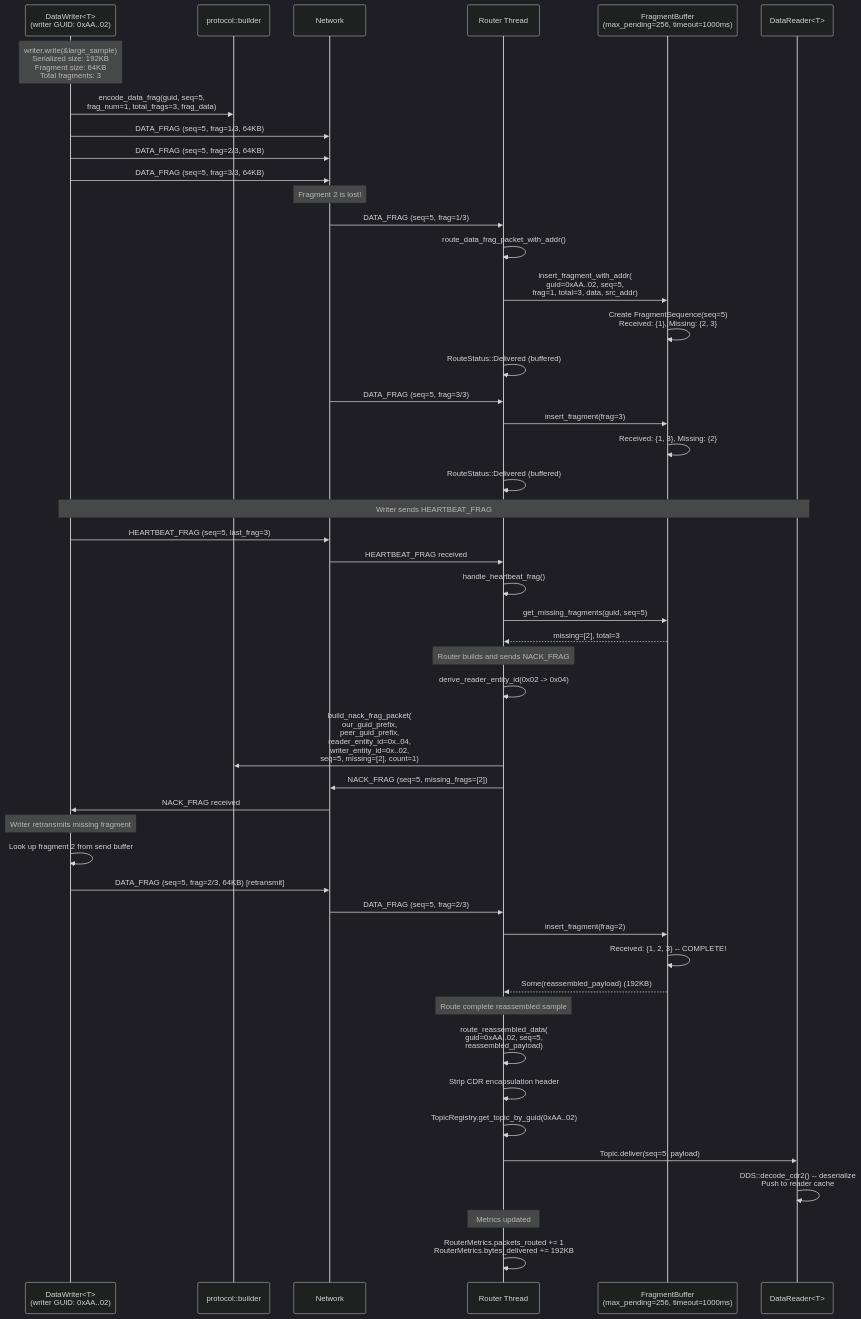
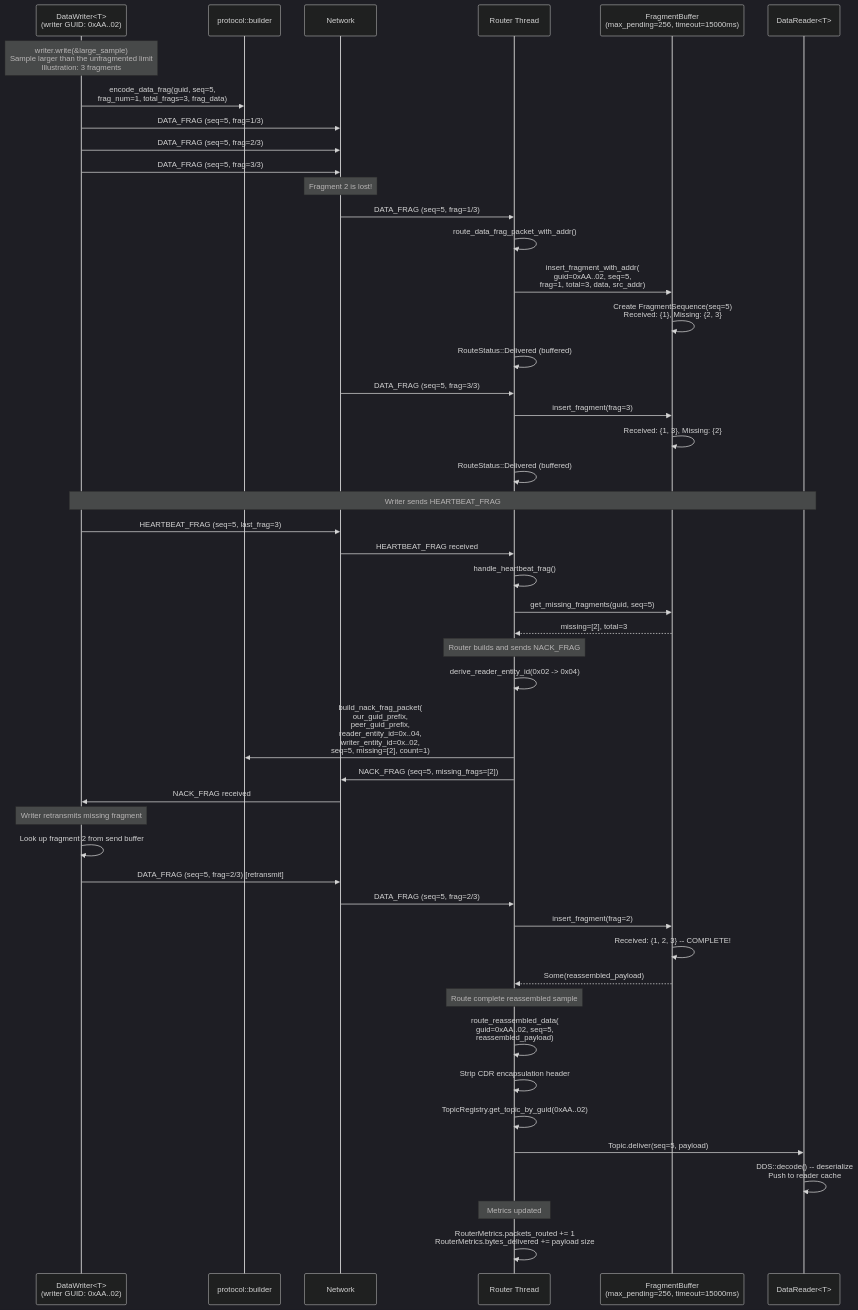
One commit to hdds-team/hdds changed the sixth of 9 diagrams in docs/sequence-diagrams.md. Above: the diagram before and after it, drawn with Mermaid (dark theme). The commit also changed other lines of this file and 1712 other files, not shown here.

````diff
--- a/docs/sequence-diagrams.md
+++ b/docs/sequence-diagrams.md
@@ -315,64 +322,64 @@
 ```mermaid
 sequenceDiagram
     participant W as DataWriter<T><br/>(writer GUID: 0xAA..02)
     participant BLD as protocol::builder
     participant NET as Network
     participant RTR as Router Thread
-    participant FB as FragmentBuffer<br/>(max_pending=256, timeout=1000ms)
+    participant FB as FragmentBuffer<br/>(max_pending=256, timeout=15000ms)
     participant R as DataReader<T>
 
-    Note over W: writer.write(&large_sample)<br/>Serialized size: 192KB<br/>Fragment size: 64KB<br/>Total fragments: 3
+    Note over W: writer.write(&large_sample)<br/>Sample larger than the unfragmented limit<br/>Illustration: 3 fragments
 
     W->>BLD: encode_data_frag(guid, seq=5,<br/>frag_num=1, total_frags=3, frag_data)
-    W->>NET: DATA_FRAG (seq=5, frag=1/3, 64KB)
-    W->>NET: DATA_FRAG (seq=5, frag=2/3, 64KB)
-    W->>NET: DATA_FRAG (seq=5, frag=3/3, 64KB)
+    W->>NET: DATA_FRAG (seq=5, frag=1/3)
+    W->>NET: DATA_FRAG (seq=5, frag=2/3)
+    W->>NET: DATA_FRAG (seq=5, frag=3/3)
 
     Note over NET: Fragment 2 is lost!
 
     NET->>RTR: DATA_FRAG (seq=5, frag=1/3)
     RTR->>RTR: route_data_frag_packet_with_addr()
     RTR->>FB: insert_fragment_with_addr(<br/>guid=0xAA..02, seq=5,<br/>frag=1, total=3, data, src_addr)
     FB->>FB: Create FragmentSequence(seq=5)<br/>Received: {1}, Missing: {2, 3}
     RTR->>RTR: RouteStatus::Delivered (buffered)
 
     NET->>RTR: DATA_FRAG (seq=5, frag=3/3)
     RTR->>FB: insert_fragment(frag=3)
     FB->>FB: Received: {1, 3}, Missing: {2}
     RTR->>RTR: RouteStatus::Delivered (buffered)
 
     Note over W,R: Writer sends HEARTBEAT_FRAG
 
     W->>NET: HEARTBEAT_FRAG (seq=5, last_frag=3)
     NET->>RTR: HEARTBEAT_FRAG received
     RTR->>RTR: handle_heartbeat_frag()
     RTR->>FB: get_missing_fragments(guid, seq=5)
     FB-->>RTR: missing=[2], total=3
 
     Note over RTR: Router builds and sends NACK_FRAG
 
     RTR->>RTR: derive_reader_entity_id(0x02 -> 0x04)
     RTR->>BLD: build_nack_frag_packet(<br/>our_guid_prefix,<br/>peer_guid_prefix,<br/>reader_entity_id=0x..04,<br/>writer_entity_id=0x..02,<br/>seq=5, missing=[2], count=1)
     RTR->>NET: NACK_FRAG (seq=5, missing_frags=[2])
     NET->>W: NACK_FRAG received
 
     Note over W: Writer retransmits missing fragment
 
     W->>W: Look up fragment 2 from send buffer
-    W->>NET: DATA_FRAG (seq=5, frag=2/3, 64KB) [retransmit]
+    W->>NET: DATA_FRAG (seq=5, frag=2/3) [retransmit]
     NET->>RTR: DATA_FRAG (seq=5, frag=2/3)
     RTR->>FB: insert_fragment(frag=2)
     FB->>FB: Received: {1, 2, 3} -- COMPLETE!
-    FB-->>RTR: Some(reassembled_payload) (192KB)
+    FB-->>RTR: Some(reassembled_payload)
 
     Note over RTR: Route complete reassembled sample
 
     RTR->>RTR: route_reassembled_data(<br/>guid=0xAA..02, seq=5,<br/>reassembled_payload)
     RTR->>RTR: Strip CDR encapsulation header
     RTR->>RTR: TopicRegistry.get_topic_by_guid(0xAA..02)
     RTR->>R: Topic.deliver(seq=5, payload)
-    R->>R: DDS::decode_cdr2() -- deserialize<br/>Push to reader cache
+    R->>R: DDS::decode() -- deserialize<br/>Push to reader cache
 
     Note over RTR: Metrics updated
-    RTR->>RTR: RouterMetrics.packets_routed += 1<br/>RouterMetrics.bytes_delivered += 192KB
+    RTR->>RTR: RouterMetrics.packets_routed += 1<br/>RouterMetrics.bytes_delivered += payload size
 ```
````
